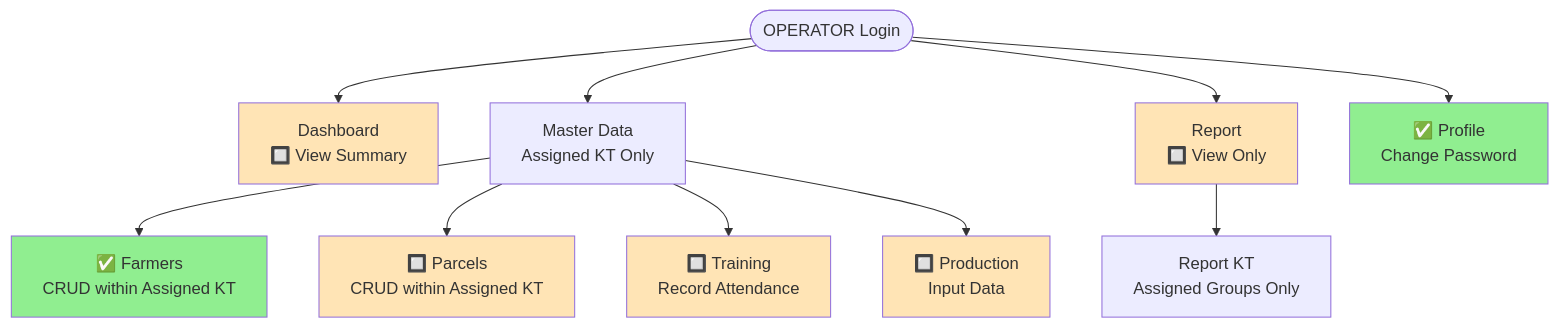
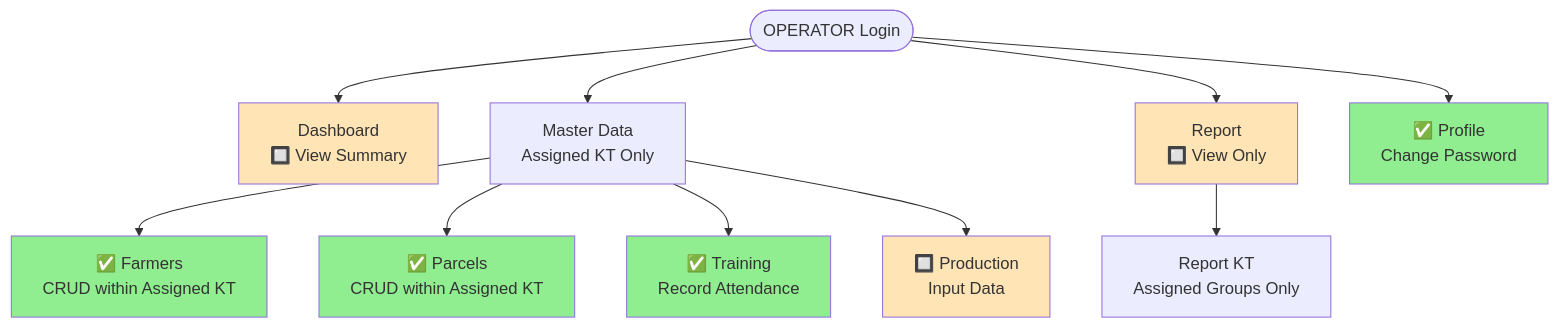
Before and after one commit to WRI-Indonesia/mis-smallholder-hub: the fifth of 12 diagrams in docs/ui-ux-flow.md, drawn with Mermaid. The commit also changed other lines of this file and 3 other files, not shown here.

````diff
--- a/docs/ui-ux-flow.md
+++ b/docs/ui-ux-flow.md
@@ -708,26 +711,26 @@
 ```mermaid
 flowchart TD
     OPR_HOME([OPERATOR Login]) --> OPR_DASH[Dashboard<br/>🔲 View Summary]
     
     %% Master Data - CRUD within assigned KT
     OPR_HOME --> OPR_MD[Master Data<br/>Assigned KT Only]
     OPR_MD --> OPR_MD_FARMER[✅ Farmers<br/>CRUD within Assigned KT]
-    OPR_MD --> OPR_MD_PARCEL[🔲 Parcels<br/>CRUD within Assigned KT]
-    OPR_MD --> OPR_MD_TRAINING[🔲 Training<br/>Record Attendance]
+    OPR_MD --> OPR_MD_PARCEL[✅ Parcels<br/>CRUD within Assigned KT]
+    OPR_MD --> OPR_MD_TRAINING[✅ Training<br/>Record Attendance]
     OPR_MD --> OPR_MD_PROD[🔲 Production<br/>Input Data]
     
     %% Report - View Only
     OPR_HOME --> OPR_RPT[Report<br/>🔲 View Only]
     OPR_RPT --> OPR_RPT_KT[Report KT<br/>Assigned Groups Only]
     
     %% Profile
     OPR_HOME --> OPR_PROFILE[✅ Profile<br/>Change Password]
     
     style OPR_MD_FARMER fill:#90EE90
-    style OPR_MD_PARCEL fill:#FFE4B5
-    style OPR_MD_TRAINING fill:#FFE4B5
+    style OPR_MD_PARCEL fill:#90EE90
+    style OPR_MD_TRAINING fill:#90EE90
     style OPR_MD_PROD fill:#FFE4B5
     style OPR_PROFILE fill:#90EE90
     style OPR_DASH fill:#FFE4B5
     style OPR_RPT fill:#FFE4B5
 ```
````
